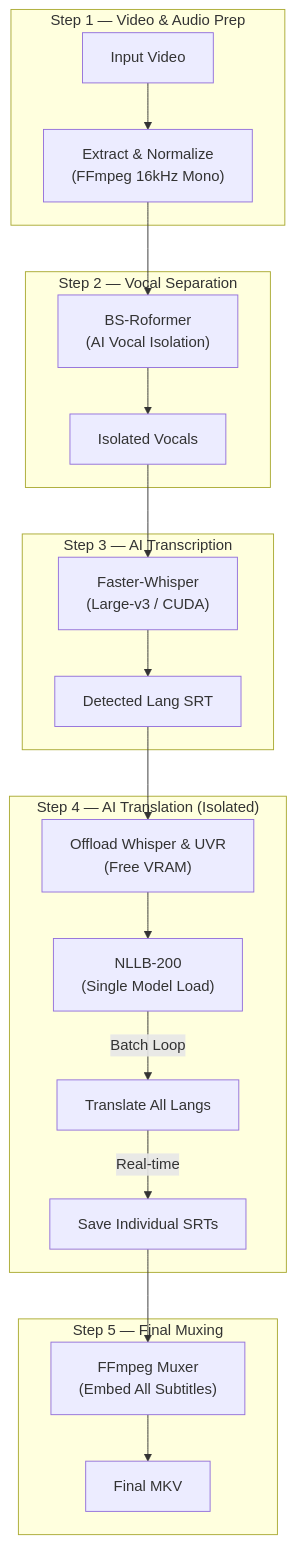
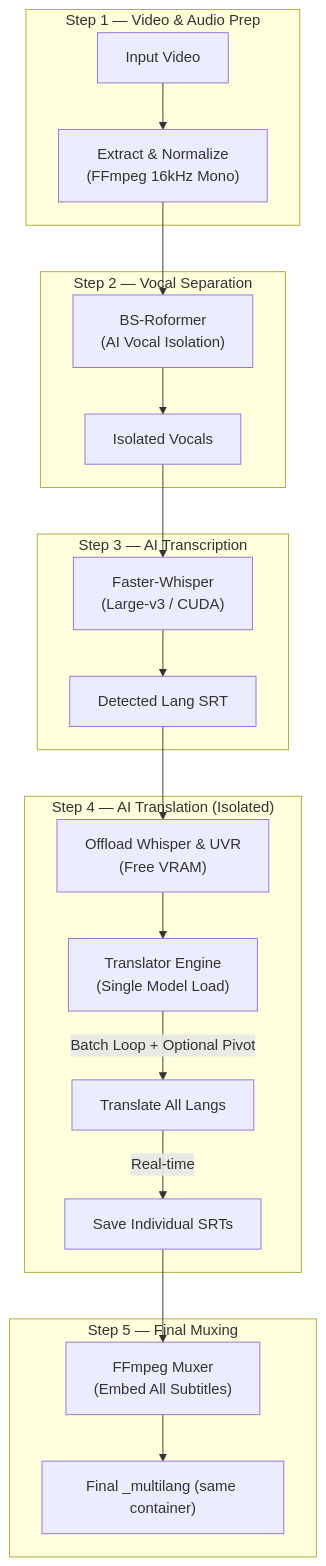
One commit to ventura8/Auto-Subtitle-Generator changed the second of 2 diagrams in README.md. Above: the diagram before and after it, drawn with Mermaid. The commit also changed other lines of this file and 64 other files, not shown here.

````diff
--- a/README.md
+++ b/README.md
@@ -112,28 +118,28 @@
 ```mermaid
 graph TD
     subgraph Step1 ["Step 1 — Video & Audio Prep"]
         A["Input Video"] --> B["Extract & Normalize<br/>(FFmpeg 16kHz Mono)"]
     end
 
     subgraph Step2 ["Step 2 — Vocal Separation"]
         B --> V["BS-Roformer<br/>(AI Vocal Isolation)"]
         V --> VC["Isolated Vocals"]
     end
     
     subgraph Step3 ["Step 3 — AI Transcription"]
         VC --> W["Faster-Whisper<br/>(Large-v3 / CUDA)"]
         W --> S1["Detected Lang SRT"]
     end
 
     subgraph Step4 ["Step 4 — AI Translation (Isolated)"]
         S1 --> OFF["Offload Whisper & UVR<br/>(Free VRAM)"]
-        OFF --> N["NLLB-200<br/>(Single Model Load)"]
-        N -- "Batch Loop" --> T["Translate All Langs"]
+        OFF --> N["Translator Engine<br/>(Single Model Load)"]
+        N -- "Batch Loop + Optional Pivot" --> T["Translate All Langs"]
         T -- "Real-time" --> S2["Save Individual SRTs"]
     end
 
     subgraph Step5 ["Step 5 — Final Muxing"]
         S2 --> MUX["FFmpeg Muxer<br/>(Embed All Subtitles)"]
-        MUX --> OUT["Final MKV"]
+        MUX --> OUT["Final _multilang (same container)"]
     end
 ```
````
